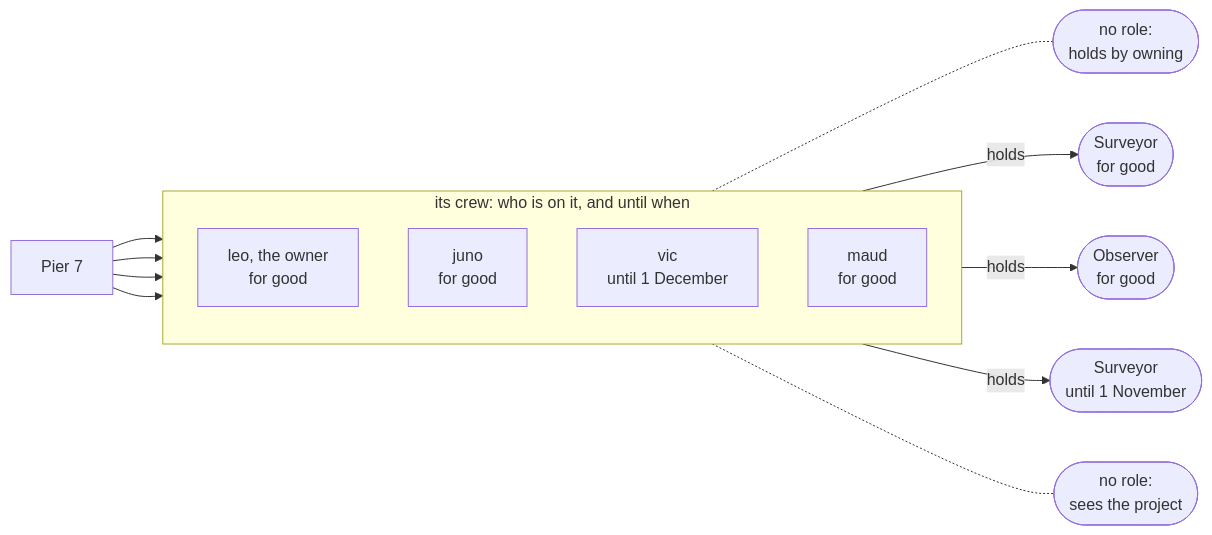
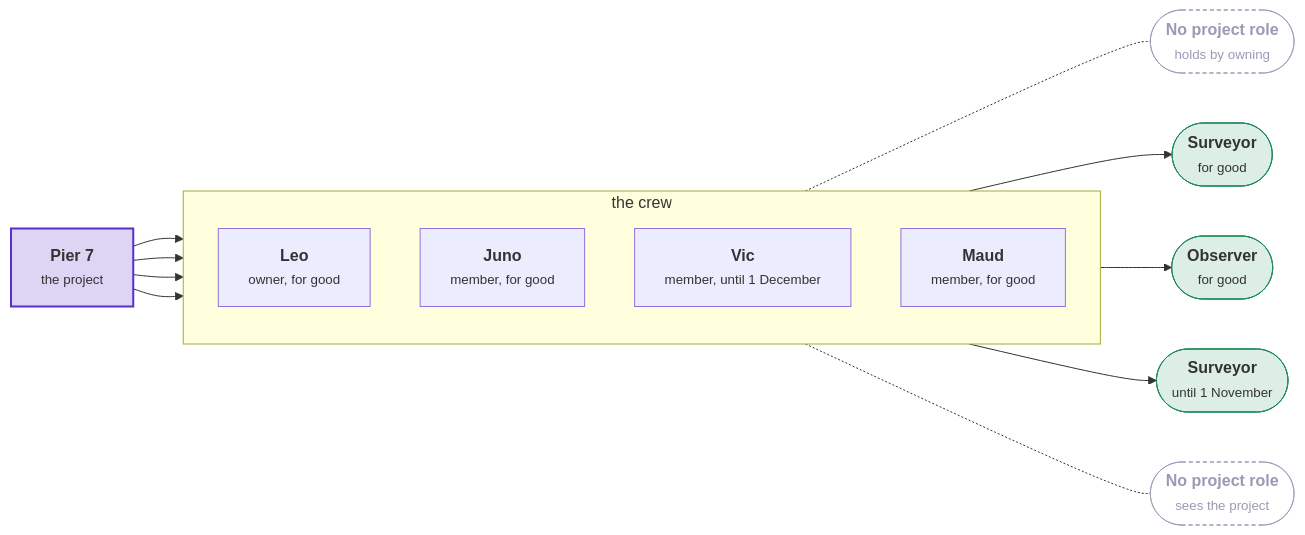
One commit to DylanSnel/DDDToolkit changed the third of 3 diagrams in docs/tenancy/sample/who-may-do-what.md. Above: the diagram before and after it, drawn with Mermaid. The commit also changed other lines of this file and 24 other files, not shown here.

First line of the commit message:
Docs: plain prose and readable diagrams for Tenancy and Membership

````diff
--- a/docs/tenancy/sample/who-may-do-what.md
+++ b/docs/tenancy/sample/who-may-do-what.md
@@ -218,25 +294,31 @@
 ```mermaid
 flowchart LR
-    Project["Pier 7"]
-    subgraph crew ["its crew: who is on it, and until when"]
+    pier["<b>Pier 7</b><br/><small>the project</small>"]
+    subgraph crew ["the crew"]
         direction TB
-        Leo["leo, the owner<br/>for good"]
-        Juno["juno<br/>for good"]
-        Vic["vic<br/>until 1 December"]
-        Maud["maud<br/>for good"]
+        leo["<b>Leo</b><br/><small>owner, for good</small>"]
+        juno["<b>Juno</b><br/><small>member, for good</small>"]
+        vic["<b>Vic</b><br/><small>member, until 1 December</small>"]
+        maud["<b>Maud</b><br/><small>member, for good</small>"]
     end
-    Owner(["no role:<br/>holds by owning"])
-    JunoSurveyor(["Surveyor<br/>for good"])
-    VicObserver(["Observer<br/>for good"])
-    VicSurveyor(["Surveyor<br/>until 1 November"])
-    None(["no role:<br/>sees the project"])
-    Project --> Leo
-    Project --> Juno
-    Project --> Vic
-    Project --> Maud
-    Leo -.- Owner
-    Juno -- "holds" --> JunoSurveyor
-    Vic -- "holds" --> VicObserver
-    Vic -- "holds" --> VicSurveyor
-    Maud -.- None
+    owning(["<b>No project role</b><br/><small>holds by owning</small>"])
+    junoSurveyor(["<b>Surveyor</b><br/><small>for good</small>"])
+    vicObserver(["<b>Observer</b><br/><small>for good</small>"])
+    vicSurveyor(["<b>Surveyor</b><br/><small>until 1 November</small>"])
+    none(["<b>No project role</b><br/><small>sees the project</small>"])
+    pier --> leo
+    pier --> juno
+    pier --> vic
+    pier --> maud
+    leo -.- owning
+    juno --> junoSurveyor
+    vic --> vicObserver
+    vic --> vicSurveyor
+    maud -.- none
+    classDef strong fill:#5b2ec933,stroke:#5b2ec9,stroke-width:2px
+    classDef good fill:#1f8a5b26,stroke:#1f8a5b
+    classDef muted fill:none,stroke:#9a9ab5,stroke-dasharray:4 3,color:#9a9ab5
+    class pier strong
+    class junoSurveyor,vicObserver,vicSurveyor good
+    class owning,none muted
 ```
````
